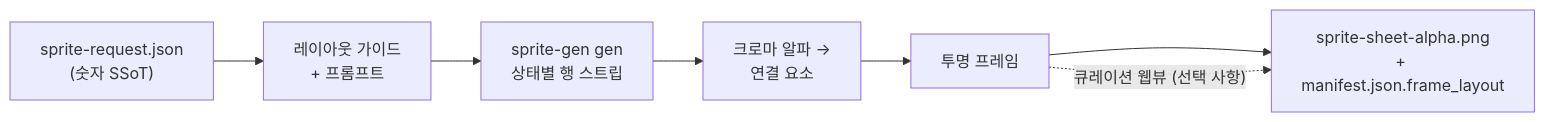
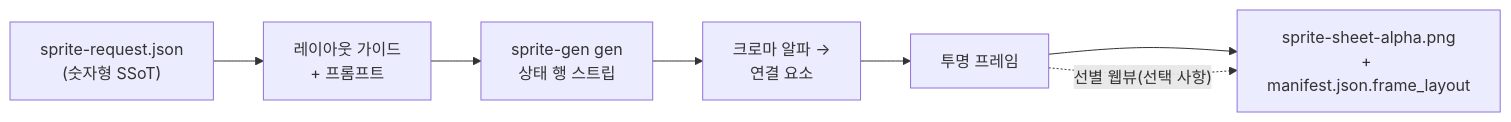
One commit to aldegad/sprite-gen changed the diagram in README.ko.md. Above: the diagram before and after it, drawn with Mermaid. The commit also changed other lines of this file and 12 other files, not shown here.

````diff
--- a/README.ko.md
+++ b/README.ko.md
@@ -37,9 +74,9 @@
 ```mermaid
 flowchart LR
-    REQ["sprite-request.json<br/>(숫자 SSoT)"] --> GUIDES["레이아웃 가이드<br/>+ 프롬프트"]
-    GUIDES --> GEN["sprite-gen gen<br/>상태별 행 스트립"]
+    REQ["sprite-request.json<br/>(숫자형 SSoT)"] --> GUIDES["레이아웃 가이드<br/>+ 프롬프트"]
+    GUIDES --> GEN["sprite-gen gen<br/>상태 행 스트립"]
     GEN --> EXTRACT["크로마 알파 →<br/>연결 요소"]
     EXTRACT --> FRAMES["투명 프레임"]
     FRAMES --> ATLAS["sprite-sheet-alpha.png<br/>+ manifest.json.frame_layout"]
-    FRAMES -. "큐레이션 웹뷰 (선택 사항)" .-> ATLAS
+    FRAMES -. "선별 웹뷰(선택 사항)" .-> ATLAS
 ```
````
